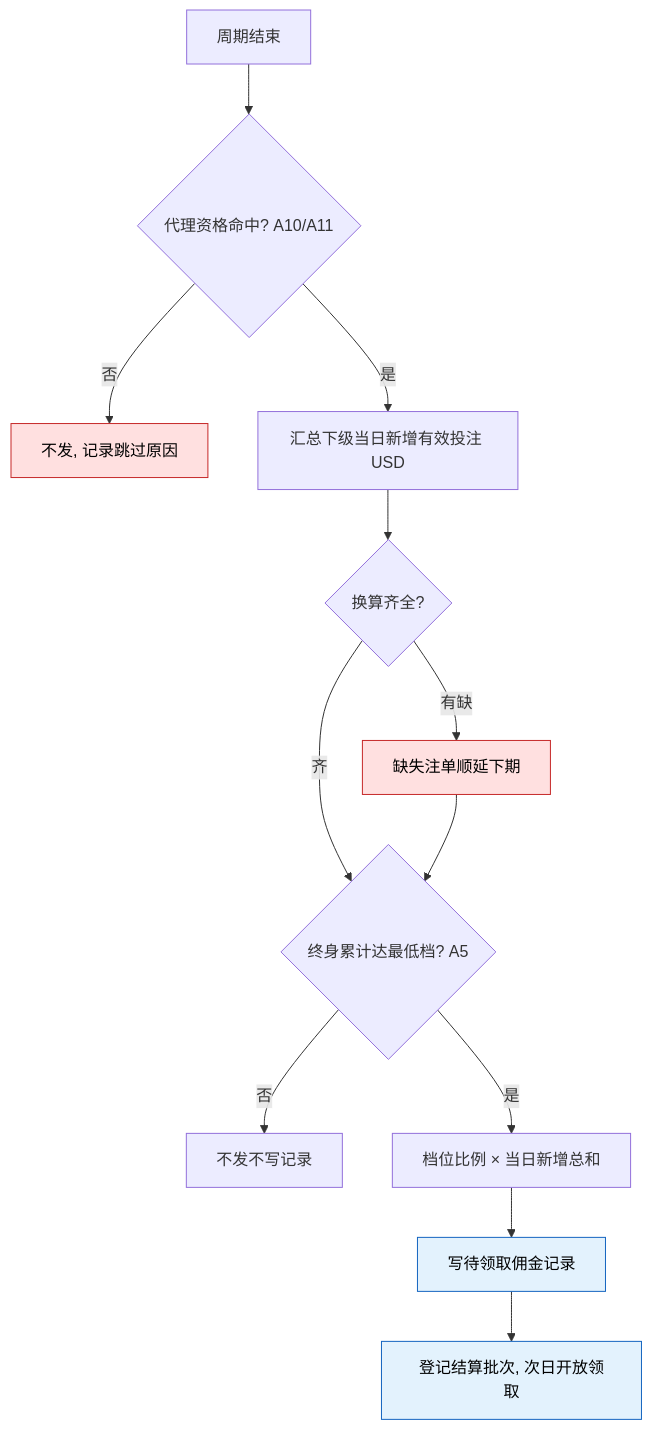
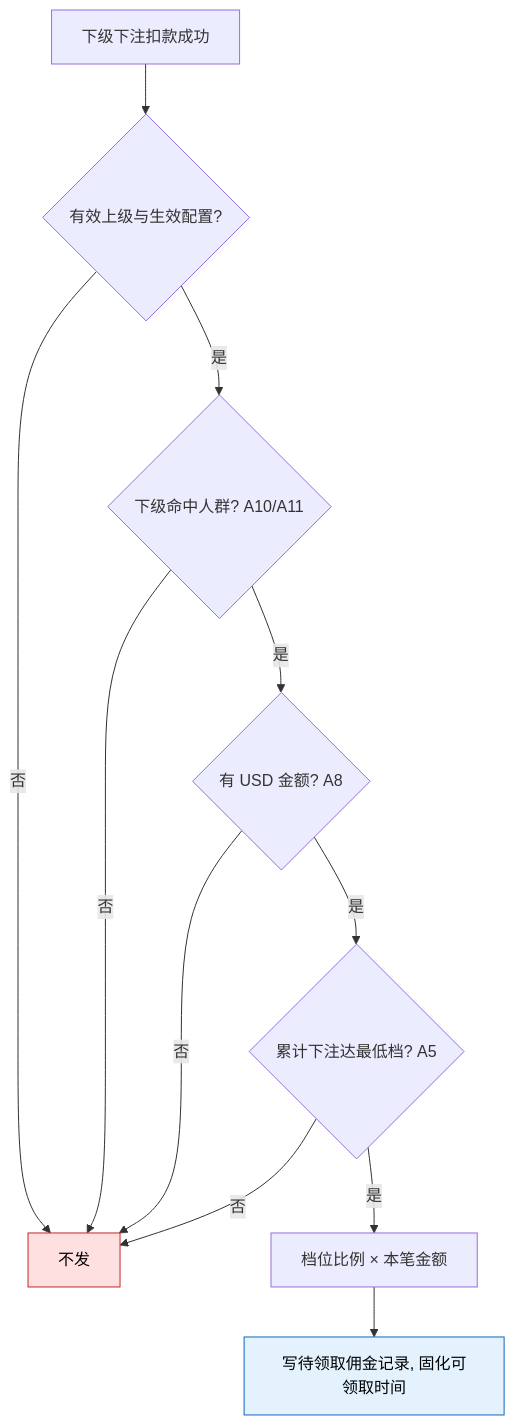
The first of 2 diagrams in M7-代理管理/7.1-代理返佣/README.md (bingo-lab-1/bingo-figma), drawn with Mermaid before and after one commit. The commit also changed other lines of this file and 3 other files, not shown here.

````diff
--- a/M7-代理管理/7.1-代理返佣/README.md
+++ b/M7-代理管理/7.1-代理返佣/README.md
@@ -154,19 +151,18 @@
 ```mermaid
 flowchart TD
-    A[周期结束] --> B{代理资格命中? A10/A11}
-    B -->|否| C[不发, 记录跳过原因]
-    B -->|是| D[汇总下级当日新增有效投注 USD]
-    D --> E{换算齐全?}
-    E -->|有缺| F[缺失注单顺延下期]
-    E -->|齐| G{终身累计达最低档? A5}
-    F --> G
-    G -->|否| H[不发不写记录]
-    G -->|是| I[档位比例 × 当日新增总和]
-    I --> J[写待领取佣金记录]
-    J --> K[登记结算批次, 次日开放领取]
+    A[下级下注扣款成功] --> B{有效上级与生效配置?}
+    B -->|否| C[不发]
+    B -->|是| D{下级命中人群? A10/A11}
+    D -->|否| C
+    D -->|是| E{有 USD 金额? A8}
+    E -->|否| C
+    E -->|是| F{累计下注达最低档? A5}
+    F -->|否| C
+    F -->|是| G[档位比例 × 本笔金额]
+    G --> H[写待领取佣金记录, 固化可领取时间]
 
     classDef risk fill:#ffe0e0,stroke:#c62828,color:#000
     classDef safe fill:#e3f2fd,stroke:#1565c0,color:#000
-    class C,F risk
-    class J,K safe
+    class C risk
+    class H safe
 ```
````
